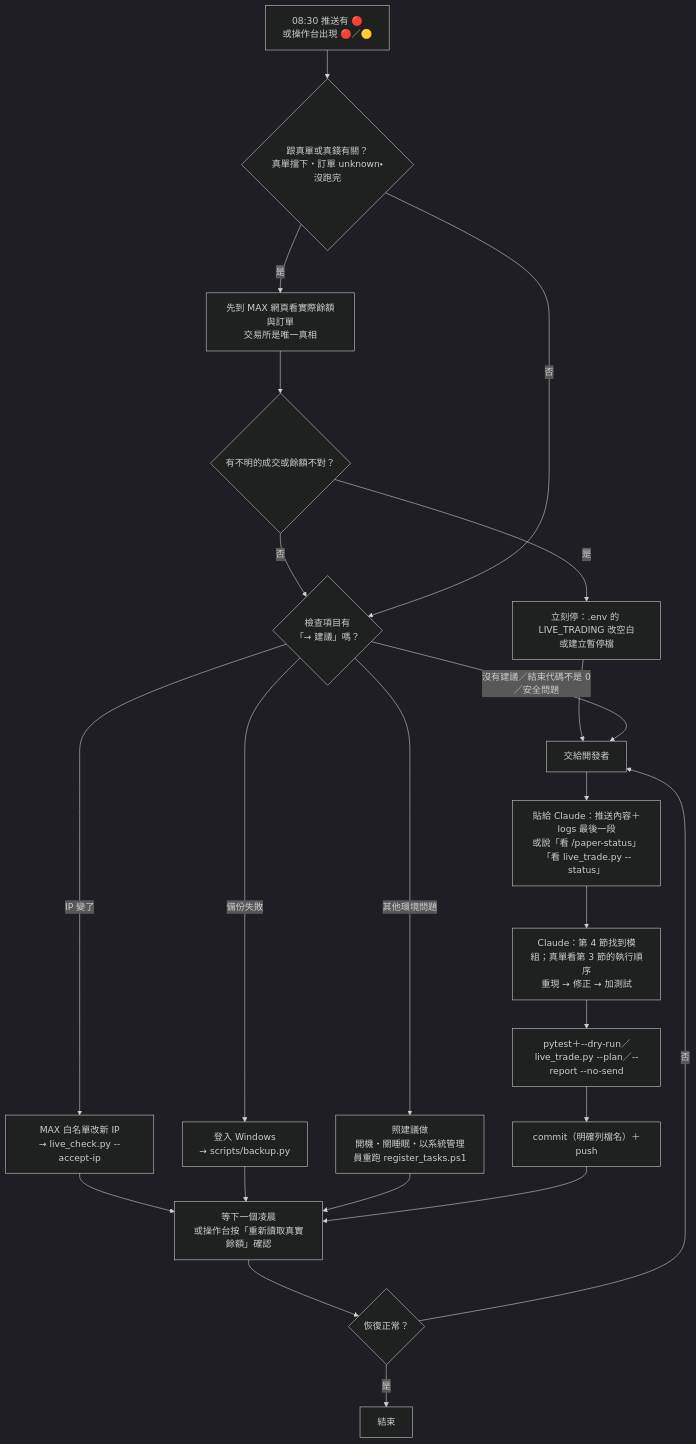
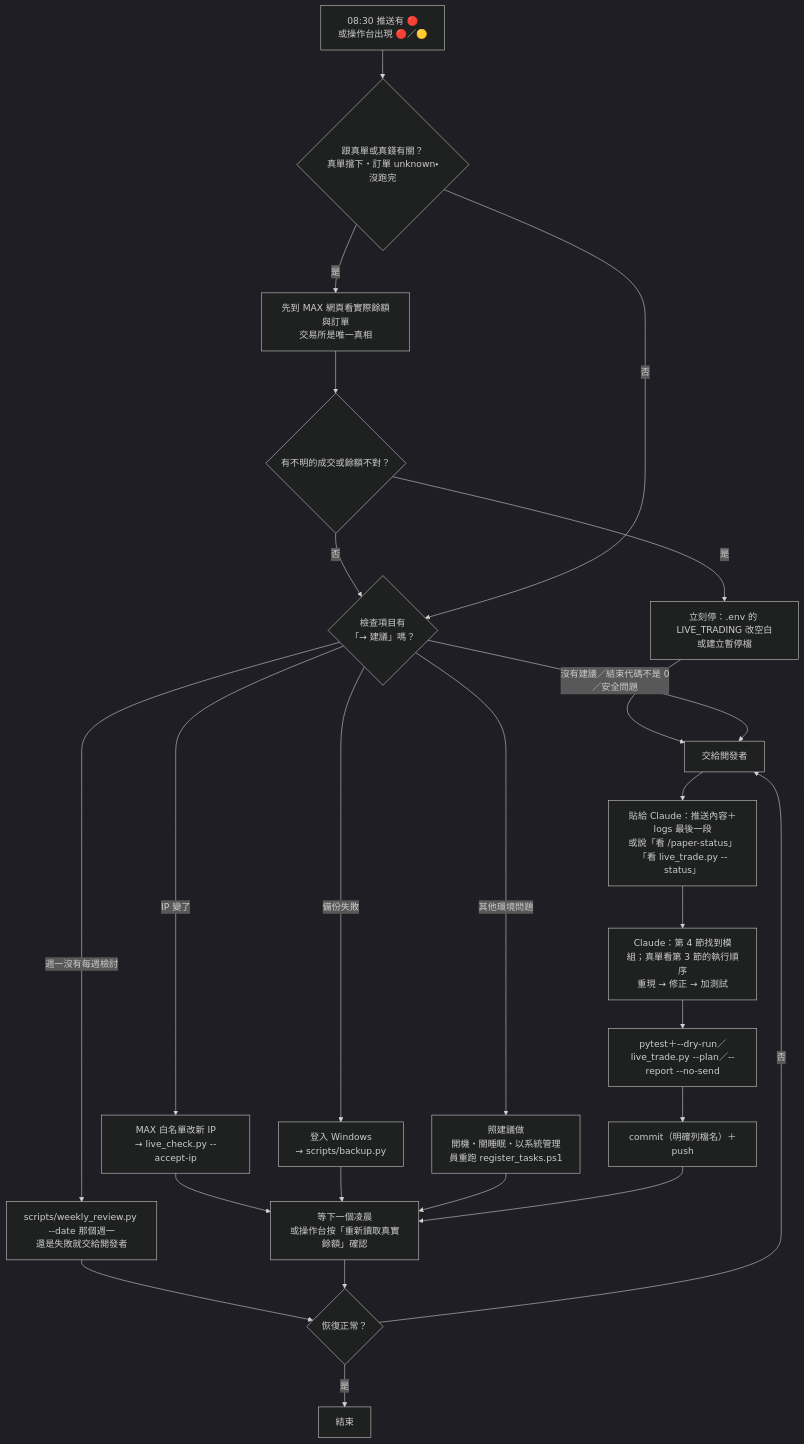
The third of 3 diagrams in docs/ARCHITECTURE.md (ShanHugo/Crypto_agent), drawn with Mermaid (dark theme) before and after one commit. The commit also changed other lines of this file and 8 other files, not shown here.

First line of the commit message:
Add weekly fact review (gate 2 scorecard for the leverage plan)

````diff
--- a/docs/ARCHITECTURE.md
+++ b/docs/ARCHITECTURE.md
@@ -152,21 +159,23 @@
 ```mermaid
 flowchart TD
   A[08:30 推送有 🔴<br/>或操作台出現 🔴／🟡] --> T{跟真單或真錢有關？<br/>真單擋下・訂單 unknown・沒跑完}
   T -- 是 --> T1[先到 MAX 網頁看實際餘額與訂單<br/>交易所是唯一真相]
   T1 --> T2{有不明的成交或餘額不對？}
   T2 -- 是 --> STOP[立刻停：.env 的 LIVE_TRADING 改空白<br/>或建立暫停檔] --> F
   T2 -- 否 --> B
   T -- 否 --> B{檢查項目有<br/>「→ 建議」嗎？}
   B -- IP 變了 --> IP[MAX 白名單改新 IP<br/>→ live_check.py --accept-ip]
   B -- 備份失敗 --> BKF[登入 Windows<br/>→ scripts/backup.py]
+  B -- 週一沒有每週檢討 --> WKF[scripts/weekly_review.py --date 那個週一<br/>還是失敗就交給開發者]
+  WKF --> E
   B -- 其他環境問題 --> C[照建議做<br/>開機・關睡眠・以系統管理員重跑 register_tasks.ps1]
   IP & BKF & C --> D[等下一個凌晨<br/>或操作台按「重新讀取真實餘額」確認]
   D --> E{恢復正常？}
   E -- 是 --> Z[結束]
   E -- 否 --> F
   B -- 沒有建議／結束代碼不是 0<br/>／安全問題 --> F[交給開發者]
   F --> G[貼給 Claude：推送內容＋logs 最後一段<br/>或說「看 /paper-status」「看 live_trade.py --status」]
   G --> H[Claude：第 4 節找到模組；真單看第 3 節的執行順序<br/>重現 → 修正 → 加測試]
   H --> I[pytest＋--dry-run／live_trade.py --plan／--report --no-send]
   I --> J[commit（明確列檔名）＋push] --> D
 ```
````
